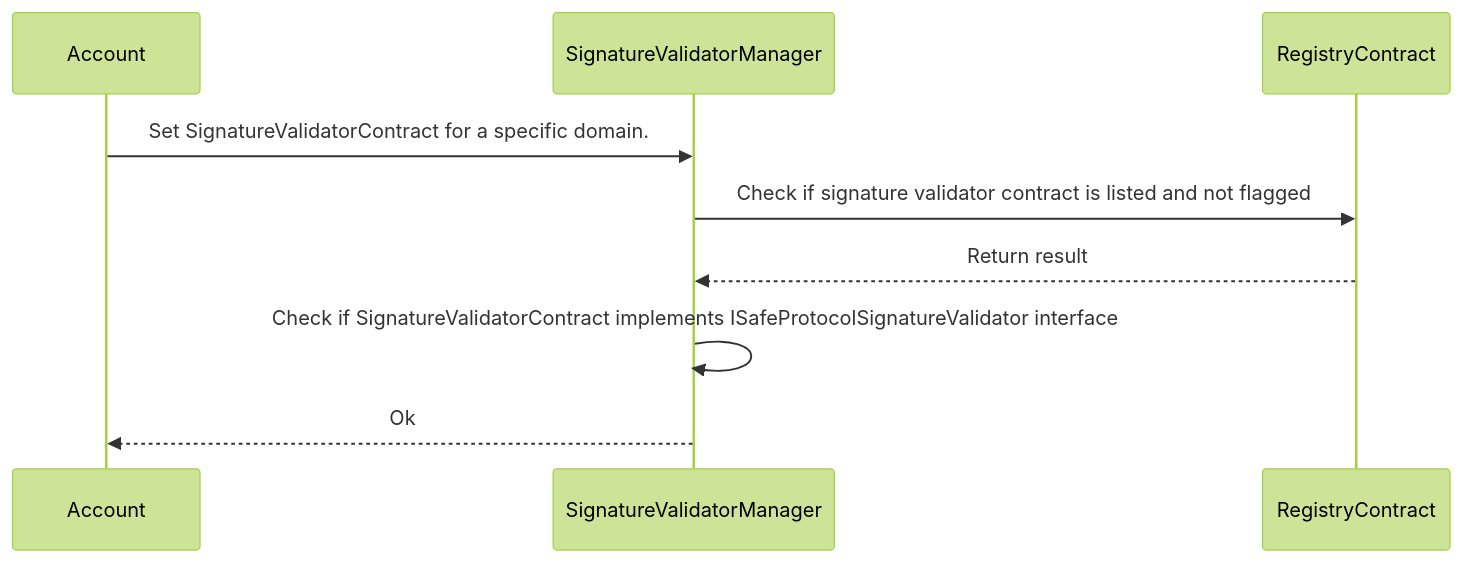
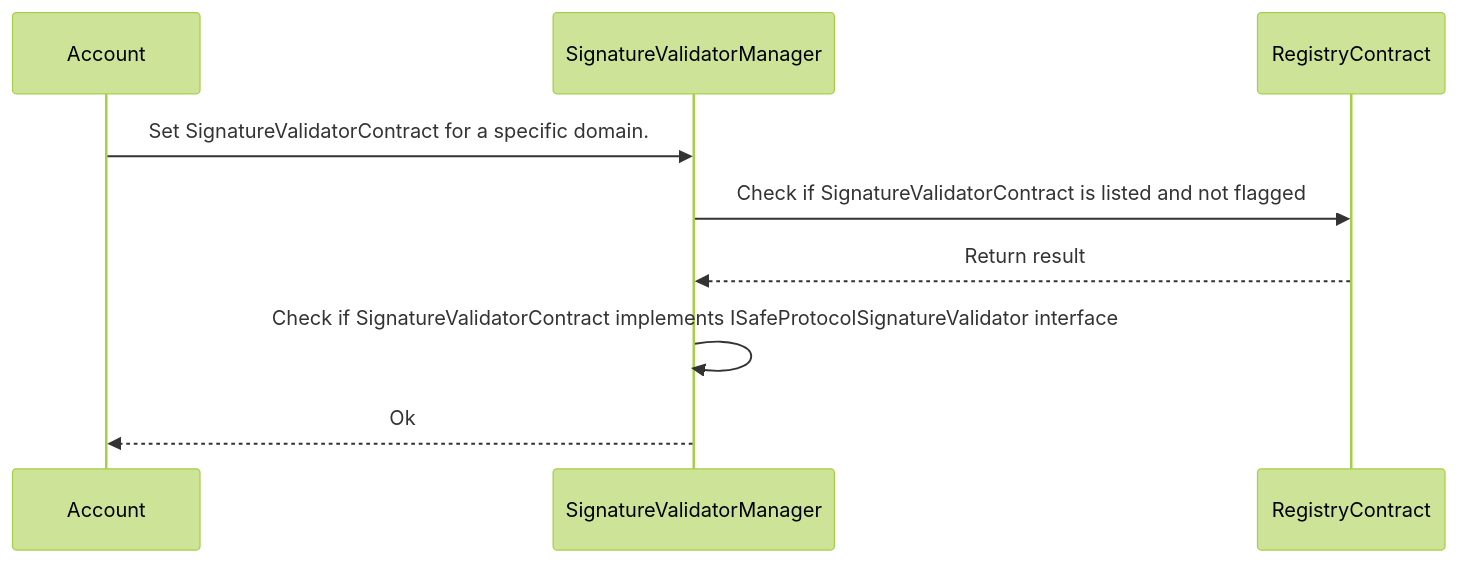
The first of 3 diagrams in modules/README.md (5afe/safe-core-protocol-specs), drawn with Mermaid (forest theme) before and after one commit. The commit also changed other lines of this file, not shown here.

Commit message:
[#43] Update sequence diagram, fix typos

````diff
--- a/modules/README.md
+++ b/modules/README.md
@@ -128,12 +130,12 @@
 ```mermaid
 sequenceDiagram
 	participant Account
 	participant SignatureValidatorManager
 	participant RegistryContract
 
 	Account->>SignatureValidatorManager: Set SignatureValidatorContract for a specific domain.
-		SignatureValidatorManager->>RegistryContract: Check if signature validator contract is listed and not flagged
+		SignatureValidatorManager->>RegistryContract: Check if SignatureValidatorContract is listed and not flagged
 		RegistryContract-->>SignatureValidatorManager: Return result
     SignatureValidatorManager->>SignatureValidatorManager: Check if SignatureValidatorContract implements ISafeProtocolSignatureValidator interface
     SignatureValidatorManager-->>Account: Ok
 ```
````
